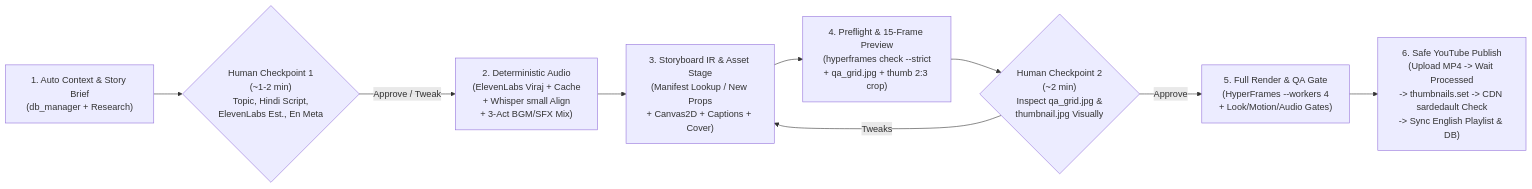
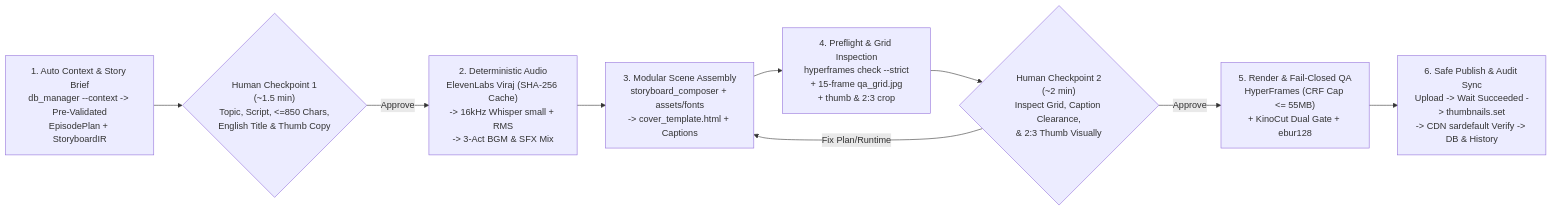
The diagram in docs/VIDEO_PRODUCTION_REDESIGN_PLAN.md (manishborikar92/Sutradhar), drawn with Mermaid before and after one commit. The commit also changed other lines of this file and 1 other file, not shown here.

First line of the commit message:
docs(production-system): Revalidate redesign plan, audit Episode 4, and consolidate cleanup strategy

````diff
--- a/docs/VIDEO_PRODUCTION_REDESIGN_PLAN.md
+++ b/docs/VIDEO_PRODUCTION_REDESIGN_PLAN.md
@@ -310,11 +351,11 @@
 ```mermaid
 flowchart LR
-    S1["1. Auto Context & Story Brief\n(db_manager + Research)"] --> CP1{"Human Checkpoint 1\n(~1-2 min)\nTopic, Hindi Script,\nElevenLabs Est., En Meta"}
-    CP1 -- Approve / Tweak --> S2["2. Deterministic Audio\n(ElevenLabs Viraj + Cache\n+ Whisper small Align\n+ 3-Act BGM/SFX Mix)"]
-    S2 --> S3["3. Storyboard IR & Asset Stage\n(Manifest Lookup / New Props\n+ Canvas2D + Captions + Cover)"]
-    S3 --> S4["4. Preflight & 15-Frame Preview\n(hyperframes check --strict\n+ qa_grid.jpg + thumb 2:3 crop)"]
-    S4 --> CP2{"Human Checkpoint 2\n(~2 min)\nInspect qa_grid.jpg &\nthumbnail.jpg Visually"}
-    CP2 -- Tweaks --> S3
-    CP2 -- Approve --> S5["5. Full Render & QA Gate\n(HyperFrames --workers 4\n+ Look/Motion/Audio Gates)"]
-    S5 --> S6["6. Safe YouTube Publish\n(Upload MP4 -> Wait Processed\n-> thumbnails.set -> CDN sardedault Check\n-> Sync English Playlist & DB)"]
+    S1["1. Auto Context & Story Brief\ndb_manager --context -> Pre-Validated\nEpisodePlan + StoryboardIR"] --> CP1{"Human Checkpoint 1\n(~1.5 min)\nTopic, Script, <=850 Chars,\nEnglish Title & Thumb Copy"}
+    CP1 -- Approve --> S2["2. Deterministic Audio\nElevenLabs Viraj (SHA-256 Cache)\n-> 16kHz Whisper small + RMS\n-> 3-Act BGM & SFX Mix"]
+    S2 --> S3["3. Modular Scene Assembly\nstoryboard_composer + assets/fonts\n-> cover_template.html + Captions"]
+    S3 --> S4["4. Preflight & Grid Inspection\nhyperframes check --strict\n+ 15-frame qa_grid.jpg\n+ thumb & 2:3 crop"]
+    S4 --> CP2{"Human Checkpoint 2\n(~2 min)\nInspect Grid, Caption Clearance,\n& 2:3 Thumb Visually"}
+    CP2 -- Fix Plan/Runtime --> S3
+    CP2 -- Approve --> S5["5. Render & Fail-Closed QA\nHyperFrames (CRF Cap <= 55MB)\n+ KinoCut Dual Gate + ebur128"]
+    S5 --> S6["6. Safe Publish & Audit Sync\nUpload -> Wait Succeeded -> thumbnails.set\n-> CDN sardefault Verify -> DB & History"]
 ```
````
